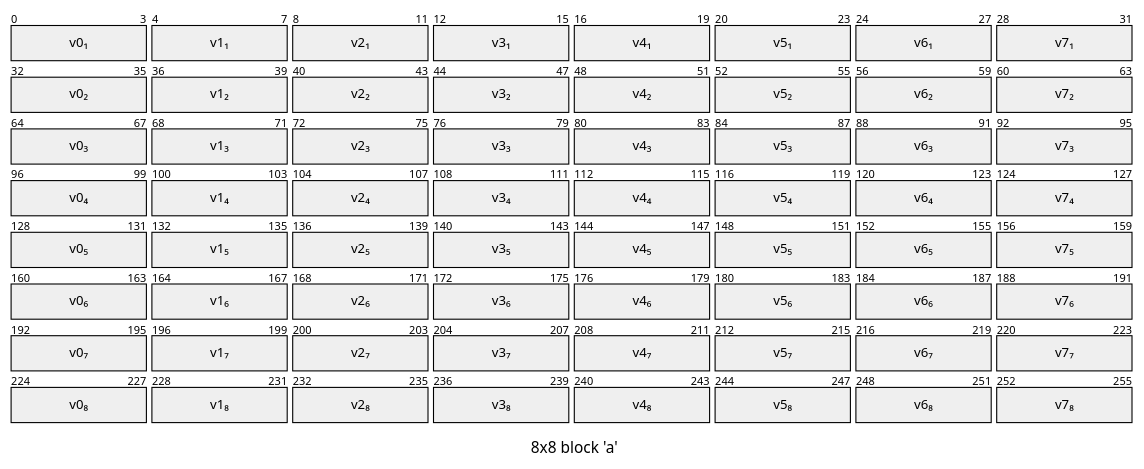
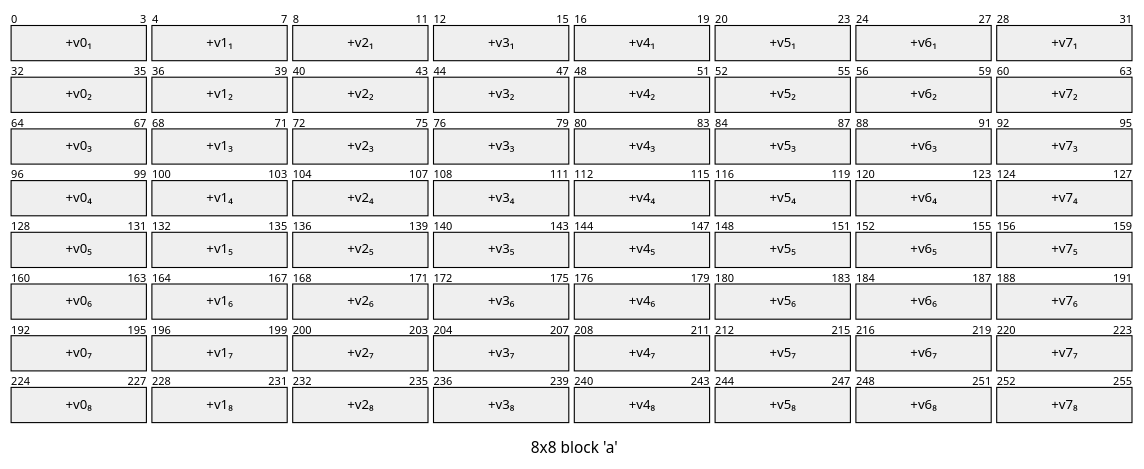
The fourth of 7 diagrams in Cache Lab/workspace/20240614.md (hanmyeonglee/cs211), drawn with Mermaid before and after one commit. The commit also changed other lines of this file, not shown here.

````diff
--- a/Cache Lab/workspace/20240614.md
+++ b/Cache Lab/workspace/20240614.md
@@ -249,70 +255,70 @@
 ```mermaid
 ---
 title: "8x8 block 'a'"
 ---
 packet
-  +4: "v0₁"
-  +4: "v1₁"
-  +4: "v2₁"
-  +4: "v3₁"
-  +4: "v4₁"
-  +4: "v5₁"
-  +4: "v6₁"
-  +4: "v7₁"
-  +4: "v0₂"
-  +4: "v1₂"
-  +4: "v2₂"
-  +4: "v3₂"
-  +4: "v4₂"
-  +4: "v5₂"
-  +4: "v6₂"
-  +4: "v7₂"
-  +4: "v0₃"
-  +4: "v1₃"
-  +4: "v2₃"
-  +4: "v3₃"
-  +4: "v4₃"
-  +4: "v5₃"
-  +4: "v6₃"
-  +4: "v7₃"
-  +4: "v0₄"
-  +4: "v1₄"
-  +4: "v2₄"
-  +4: "v3₄"
-  +4: "v4₄"
-  +4: "v5₄"
-  +4: "v6₄"
-  +4: "v7₄"
-  +4: "v0₅"
-  +4: "v1₅"
-  +4: "v2₅"
-  +4: "v3₅"
-  +4: "v4₅"
-  +4: "v5₅"
-  +4: "v6₅"
-  +4: "v7₅"
-  +4: "v0₆"
-  +4: "v1₆"
-  +4: "v2₆"
-  +4: "v3₆"
-  +4: "v4₆"
-  +4: "v5₆"
-  +4: "v6₆"
-  +4: "v7₆"
-  +4: "v0₇"
-  +4: "v1₇"
-  +4: "v2₇"
-  +4: "v3₇"
-  +4: "v4₇"
-  +4: "v5₇"
-  +4: "v6₇"
-  +4: "v7₇"
-  +4: "v0₈"
-  +4: "v1₈"
-  +4: "v2₈"
-  +4: "v3₈"
-  +4: "v4₈"
-  +4: "v5₈"
-  +4: "v6₈"
-  +4: "v7₈"
+  +4: "+v0₁"
+  +4: "+v1₁"
+  +4: "+v2₁"
+  +4: "+v3₁"
+  +4: "+v4₁"
+  +4: "+v5₁"
+  +4: "+v6₁"
+  +4: "+v7₁"
+  +4: "+v0₂"
+  +4: "+v1₂"
+  +4: "+v2₂"
+  +4: "+v3₂"
+  +4: "+v4₂"
+  +4: "+v5₂"
+  +4: "+v6₂"
+  +4: "+v7₂"
+  +4: "+v0₃"
+  +4: "+v1₃"
+  +4: "+v2₃"
+  +4: "+v3₃"
+  +4: "+v4₃"
+  +4: "+v5₃"
+  +4: "+v6₃"
+  +4: "+v7₃"
+  +4: "+v0₄"
+  +4: "+v1₄"
+  +4: "+v2₄"
+  +4: "+v3₄"
+  +4: "+v4₄"
+  +4: "+v5₄"
+  +4: "+v6₄"
+  +4: "+v7₄"
+  +4: "+v0₅"
+  +4: "+v1₅"
+  +4: "+v2₅"
+  +4: "+v3₅"
+  +4: "+v4₅"
+  +4: "+v5₅"
+  +4: "+v6₅"
+  +4: "+v7₅"
+  +4: "+v0₆"
+  +4: "+v1₆"
+  +4: "+v2₆"
+  +4: "+v3₆"
+  +4: "+v4₆"
+  +4: "+v5₆"
+  +4: "+v6₆"
+  +4: "+v7₆"
+  +4: "+v0₇"
+  +4: "+v1₇"
+  +4: "+v2₇"
+  +4: "+v3₇"
+  +4: "+v4₇"
+  +4: "+v5₇"
+  +4: "+v6₇"
+  +4: "+v7₇"
+  +4: "+v0₈"
+  +4: "+v1₈"
+  +4: "+v2₈"
+  +4: "+v3₈"
+  +4: "+v4₈"
+  +4: "+v5₈"
+  +4: "+v6₈"
+  +4: "+v7₈"
 ```
````
